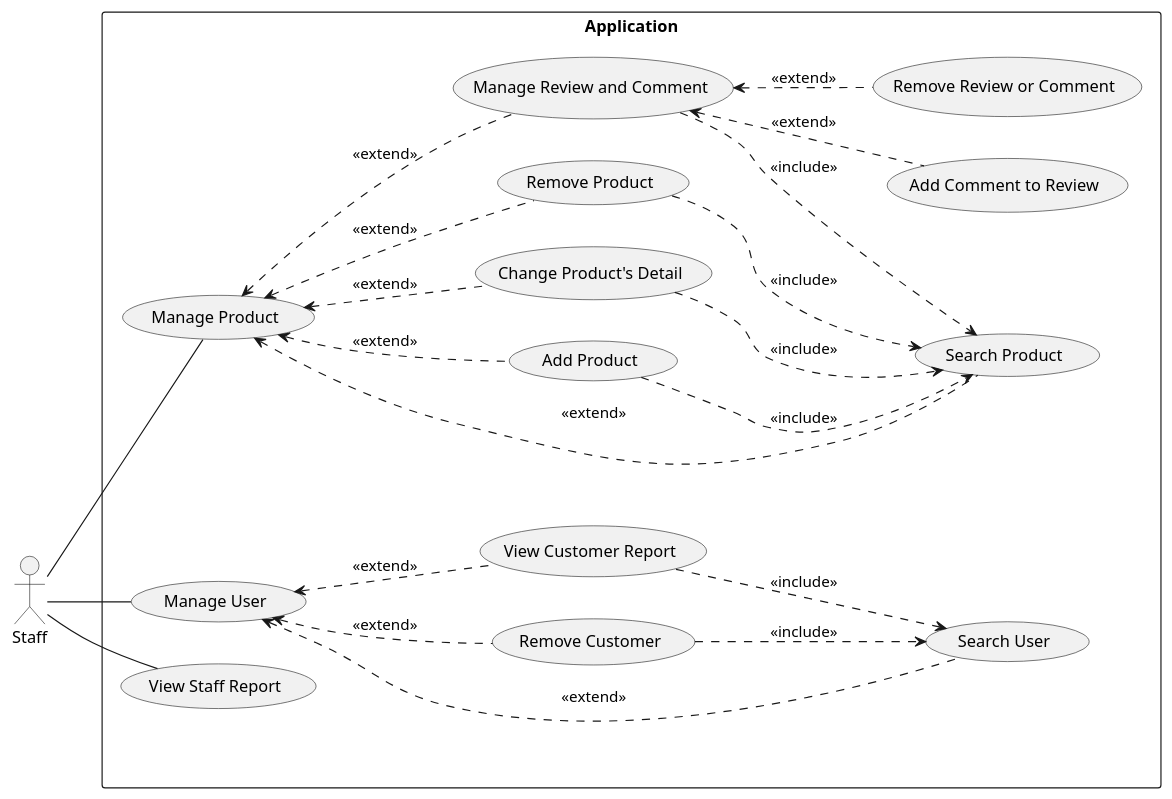
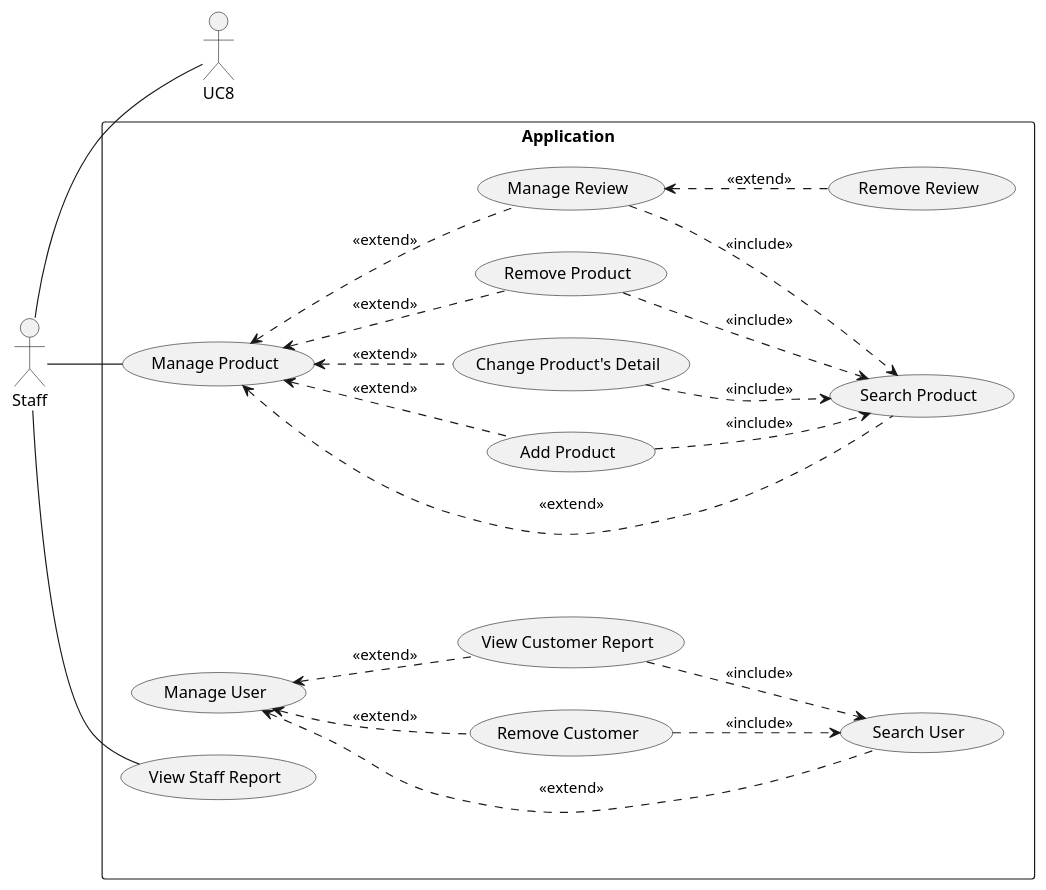
Before and after one commit to electricilies/electricilies.github.io: the diagram in docs/docs/use-case/staff.md, drawn with PlantUML. The commit also changed other lines of this file and 17 other files, not shown here.

Commit message:
feat: remove comment for review

````diff
--- a/docs/docs/use-case/staff.md
+++ b/docs/docs/use-case/staff.md
@@ -3,44 +3,42 @@
 ```plantuml
 @startuml
 left to right direction
 actor Staff
 
 rectangle "Application" {
   usecase UC01 as "Manage Product"
   usecase UC02 as "Search Product"
   usecase UC03 as "Add Product"
   usecase UC04 as "Change Product's Detail"
   usecase UC05 as "Remove Product"
-  usecase UC06 as "Manage Review and Comment"
-  usecase UC07 as "Add Comment to Review"
-  usecase UC08 as "Remove Review or Comment"
-  usecase UC09 as "Manage User"
-  usecase UC10 as "Search User"
-  usecase UC11 as "Remove Customer"
-  usecase UC12 as "View Customer Report"
-  usecase UC13 as "View Staff Report"
+  usecase UC06 as "Manage Review"
+  usecase UC07 as "Remove Review"
+  usecase UC08 as "Manage User"
+  usecase UC09 as "Search User"
+  usecase UC10 as "Remove Customer"
+  usecase UC11 as "View Customer Report"
+  usecase UC12 as "View Staff Report"
 }
 
 Staff -- UC01
-Staff -- UC09
-Staff -- UC13
+Staff -- UC8
+Staff -- UC12
 
 UC01 <.. UC02 : <<extend>>
 UC01 <.. UC03 : <<extend>>
 UC01 <.. UC04 : <<extend>>
 UC01 <.. UC05 : <<extend>>
 UC01 <.. UC06 : <<extend>>
 UC03 ..> UC02 : <<include>>
 UC04 ..> UC02 : <<include>>
 UC05 ..> UC02 : <<include>>
 UC06 ..> UC02 : <<include>>
 UC06 <.. UC07 : <<extend>>
-UC06 <.. UC08 : <<extend>>
-UC09 <.. UC10 : <<extend>>
-UC09 <.. UC11 : <<extend>>
-UC09 <.. UC12 : <<extend>>
-UC11 ..> UC10 : <<include>>
-UC12 ..> UC10 : <<include>>
+UC08 <.. UC09 : <<extend>>
+UC08 <.. UC10 : <<extend>>
+UC08 <.. UC11 : <<extend>>
+UC10 ..> UC09 : <<include>>
+UC11 ..> UC09 : <<include>>
 
 @enduml
 ```
````
